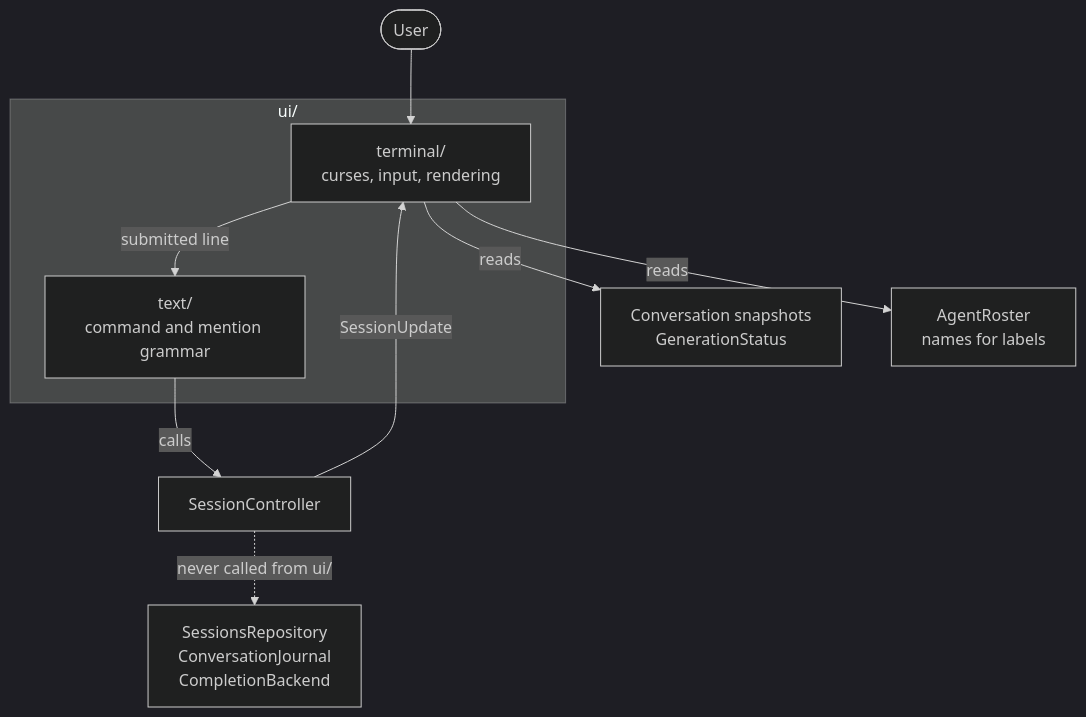
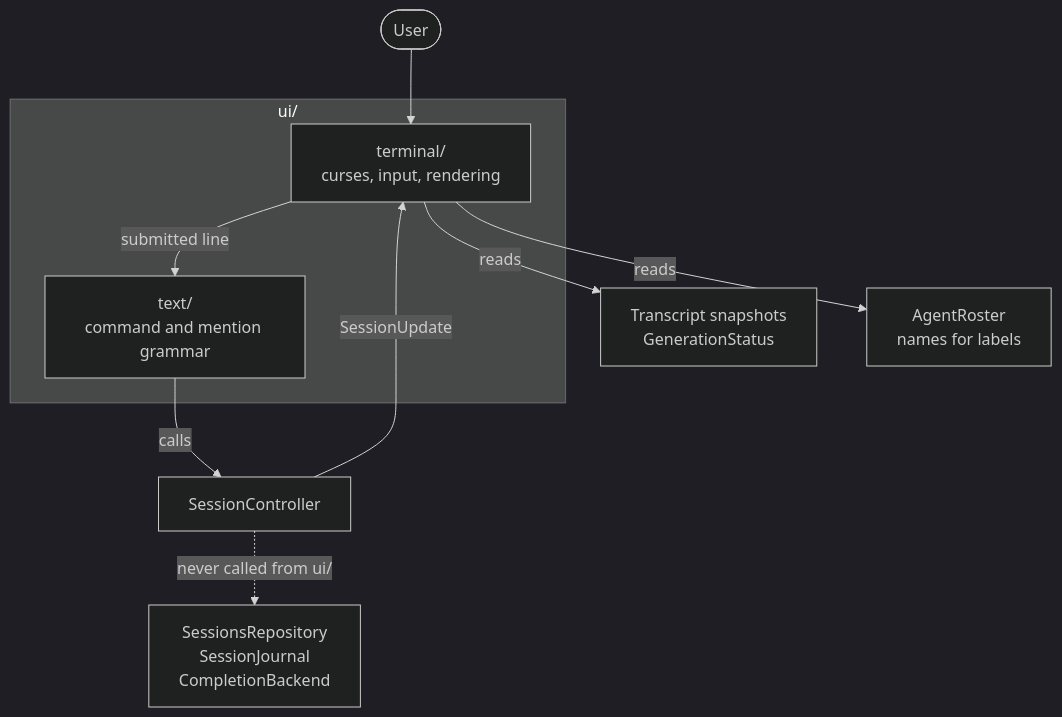
One commit to michaelpopov/cha changed the diagram in src/ui/README.md. Above: the diagram before and after it, drawn with Mermaid (dark theme). The commit also changed other lines of this file and 48 other files, not shown here.

````diff
--- a/src/ui/README.md
+++ b/src/ui/README.md
@@ -24,16 +24,16 @@
 ```mermaid
 flowchart TD
     subgraph ui["ui/"]
         term["terminal/<br/>curses, input, rendering"]
         txt["text/<br/>command and mention grammar"]
     end
 
     user(["User"]) --> term
     term -->|"submitted line"| txt
     txt -->|"calls"| controller["SessionController"]
     controller -->|"SessionUpdate"| term
-    term -->|"reads"| convo["Conversation snapshots<br/>GenerationStatus"]
+    term -->|"reads"| convo["Transcript snapshots<br/>GenerationStatus"]
     term -->|"reads"| roster["AgentRoster<br/>names for labels"]
 
-    controller -.->|"never called from ui/"| store["SessionsRepository<br/>ConversationJournal<br/>CompletionBackend"]
+    controller -.->|"never called from ui/"| store["SessionsRepository<br/>SessionJournal<br/>CompletionBackend"]
 ```
````
